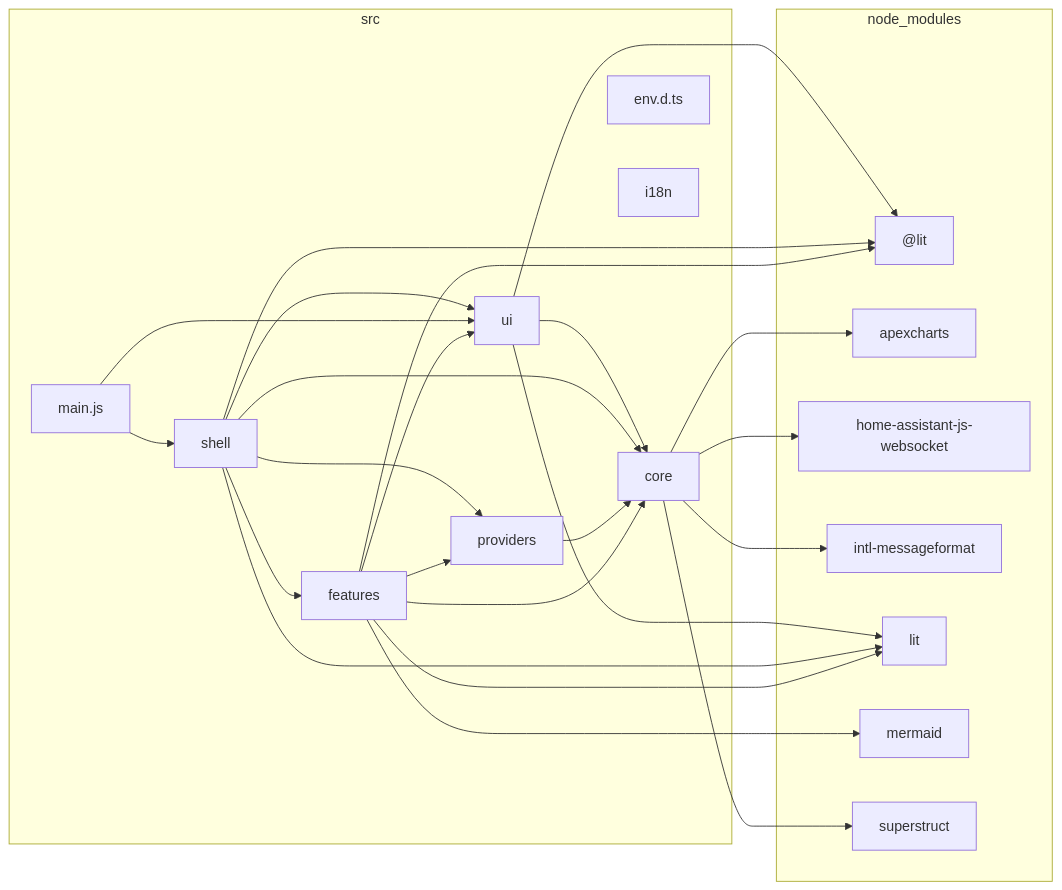
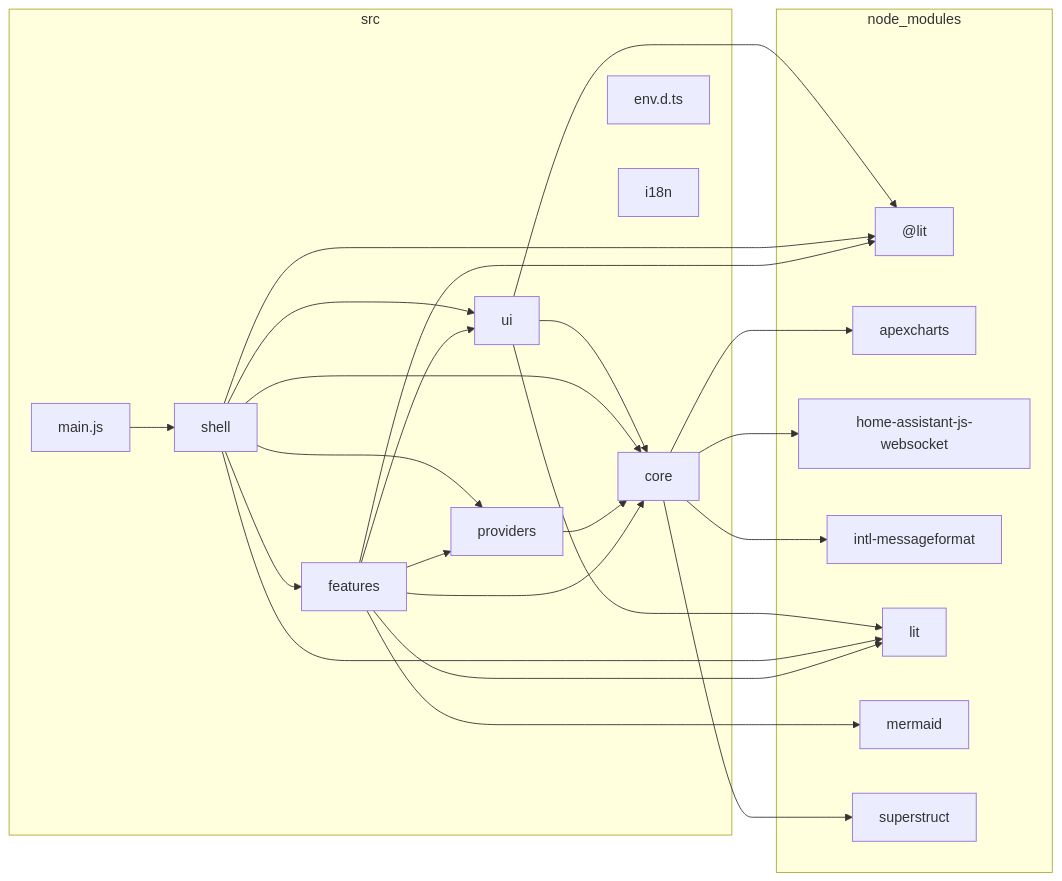
One commit to pldelisle/ha-home-panel changed the diagram in docs/architecture/dependency-graph.md. Above: the diagram before and after it, drawn with Mermaid. The commit also changed 7 other files, not shown here.

````diff
--- a/docs/architecture/dependency-graph.md
+++ b/docs/architecture/dependency-graph.md
@@ -5,45 +5,44 @@
 ```mermaid
 flowchart LR
 
 subgraph 0["node_modules"]
 1["@lit"]
 2["apexcharts"]
 3["home-assistant-js-websocket"]
 4["intl-messageformat"]
 5["lit"]
 6["mermaid"]
 7["superstruct"]
 end
 subgraph 8["src"]
 9["core"]
 A["env.d.ts"]
 B["features"]
 C["i18n"]
 D["main.js"]
 E["providers"]
 F["shell"]
 G["ui"]
 end
 9-->2
 9-->3
 9-->7
 9-->4
 B-->9
 B-->G
 B-->5
 B-->E
 B-->1
 B-->6
 D-->F
-D-->G
 E-->9
 F-->9
 F-->B
 F-->G
 F-->1
 F-->5
 F-->E
 G-->9
 G-->5
 G-->1
 ```
````
